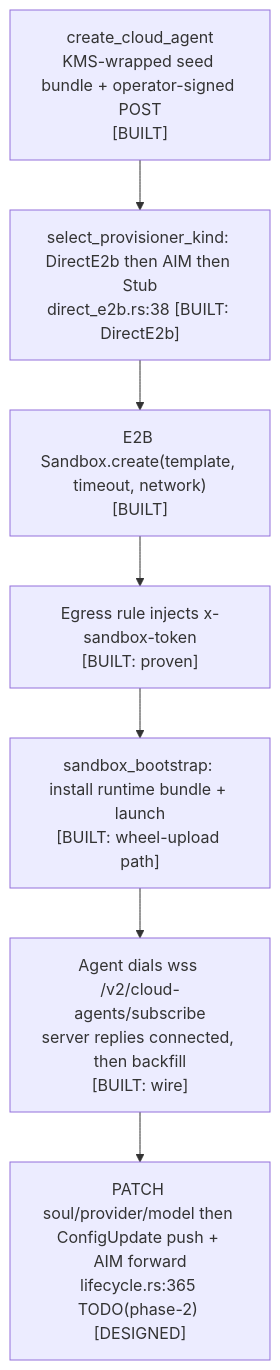
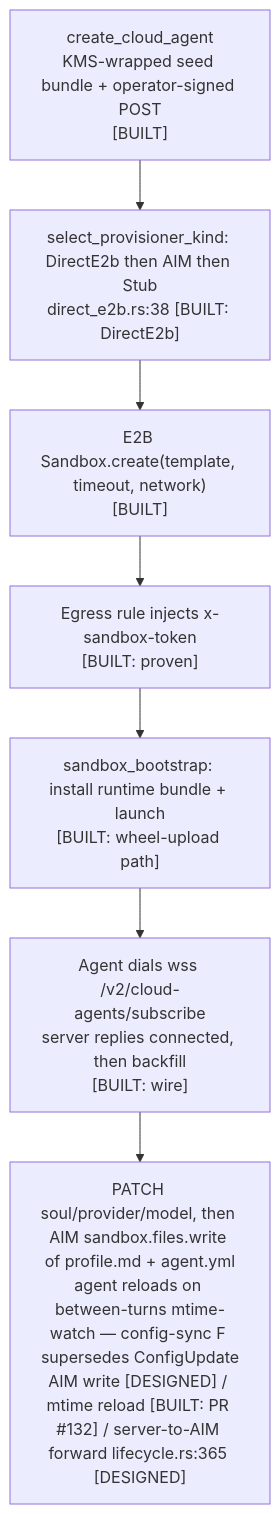
One commit to puffo-ai/puffo-agent changed the fourth of 4 diagrams in docs/FAT-CLOUD-ARCHITECTURE.md. Above: the diagram before and after it, drawn with Mermaid. The commit also changed other lines of this file, not shown here.

First line of the commit message:
docs: fat-cloud architecture revision — address review G1-G4 + 6 MISSING-GAP dispositions

````diff
--- a/docs/FAT-CLOUD-ARCHITECTURE.md
+++ b/docs/FAT-CLOUD-ARCHITECTURE.md
@@ -379,12 +426,12 @@
 ```mermaid
 flowchart TD
     create["create_cloud_agent<br/>KMS-wrapped seed bundle + operator-signed POST<br/>[BUILT]"]
     select["select_provisioner_kind: DirectE2b then AIM then Stub<br/>direct_e2b.rs:38 [BUILT: DirectE2b]"]
     e2b["E2B Sandbox.create(template, timeout, network)<br/>[BUILT]"]
     inject["Egress rule injects x-sandbox-token<br/>[BUILT: proven]"]
     boot["sandbox_bootstrap: install runtime bundle + launch<br/>[BUILT: wheel-upload path]"]
     connect["Agent dials wss /v2/cloud-agents/subscribe<br/>server replies connected, then backfill<br/>[BUILT: wire]"]
-    cfg["PATCH soul/provider/model then ConfigUpdate push + AIM forward<br/>lifecycle.rs:365 TODO(phase-2) [DESIGNED]"]
+    cfg["PATCH soul/provider/model, then AIM sandbox.files.write of profile.md + agent.yml<br/>agent reloads on between-turns mtime-watch — config-sync F supersedes ConfigUpdate<br/>AIM write [DESIGNED] / mtime reload [BUILT: PR #132] / server-to-AIM forward lifecycle.rs:365 [DESIGNED]"]
 
     create --> select --> e2b --> inject --> boot --> connect --> cfg
 ```
````
